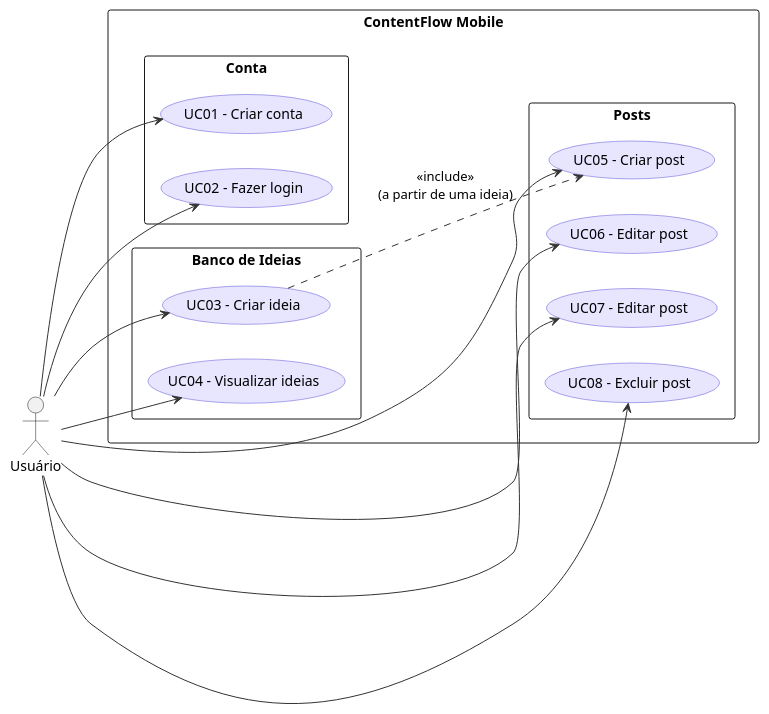
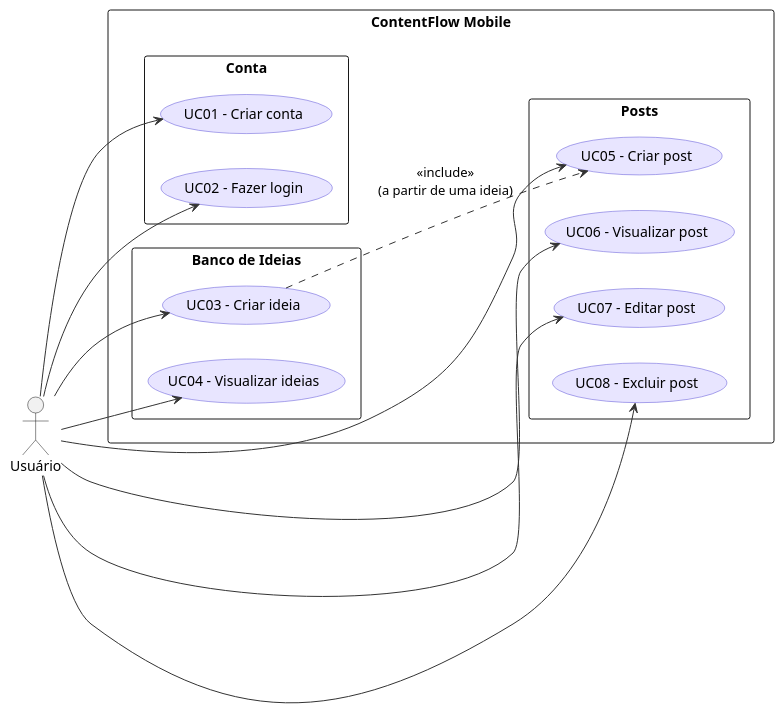
One commit to Jamilly-Pedrosa/ContentFlow-app changed the diagram in docs/Diagrama-de-casos-de-uso/Diagrama-v0.1.puml. Above: the diagram before and after it, drawn with PlantUML.

Commit message:
fix: corrigi casos de uso UC06 para 'Visualizar post'

```diff
--- a/docs/Diagrama-de-casos-de-uso/Diagrama-v0.1.puml
+++ b/docs/Diagrama-de-casos-de-uso/Diagrama-v0.1.puml
@@ -1,49 +1,49 @@
 @startuml
 left to right direction
 
 skinparam packageStyle rectangle
 skinparam usecase {
     BackgroundColor #E8E5FF
     BorderColor #5B50D6
     ArrowColor #333333
 }
 
 actor "Usuário" as usuario
 
 rectangle "ContentFlow Mobile" {
 
     package "Conta" {
         usecase "UC01 - Criar conta" as UC01
         usecase "UC02 - Fazer login" as UC02
     }
 
     package "Banco de Ideias" {
         usecase "UC03 - Criar ideia" as UC03
         usecase "UC04 - Visualizar ideias" as UC04
     }
 
     package "Posts" {
         usecase "UC05 - Criar post" as UC05
-        usecase "UC06 - Editar post" as UC06
+        usecase "UC06 - Visualizar post" as UC06
         usecase "UC07 - Editar post" as UC07
         usecase "UC08 - Excluir post" as UC08
     }
 }
 
 ' Interações do usuário
 usuario --> UC01
 usuario --> UC02
 
 usuario --> UC03
 usuario --> UC04
 
 usuario --> UC05
 usuario --> UC06
 
 usuario --> UC07
 usuario --> UC08
 
 ' Relação entre funcionalidades
 UC03 ..> UC05 : <<include>>\n(a partir de uma ideia)
 
 @enduml
```
